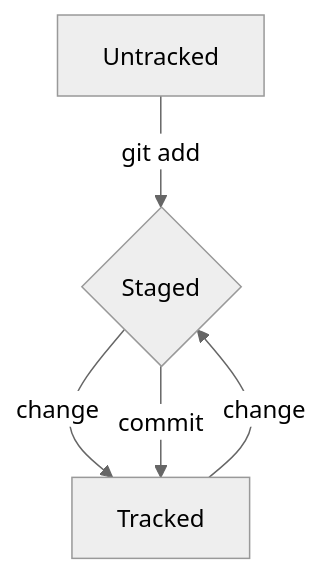
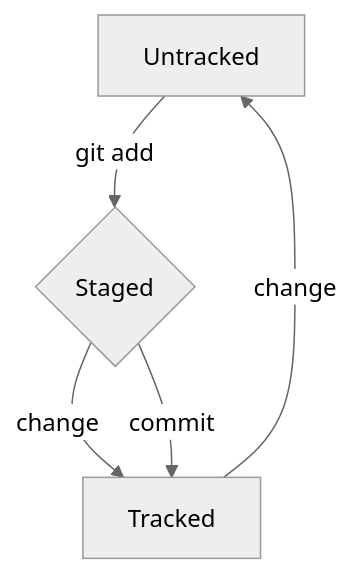
Before and after one commit to grigioo/git_introduction: the diagram in README.md, drawn with Mermaid (neutral theme).

Commit message:
Протестировать баги 5.

````diff
--- a/README.md
+++ b/README.md
@@ -218,7 +218,7 @@
 ```mermaid
 flowchart TD;
 	A[Untracked] -- git add --> B{Staged};
 	B -- change --> C[Modified];
 	B -- commit --> C[Tracked];
-	C -- change --> B; 
+	C -- change --> A; 
 ```
````
